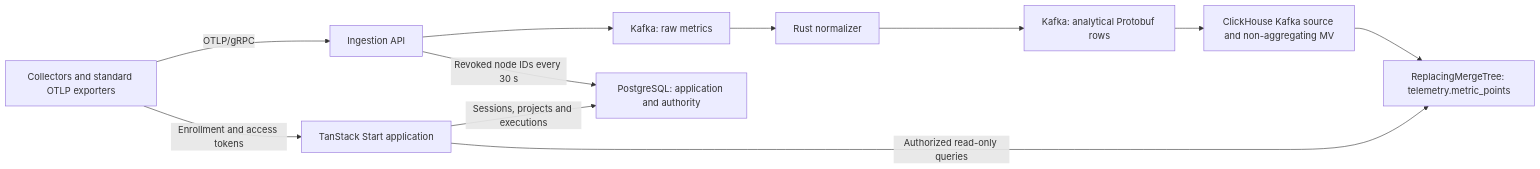
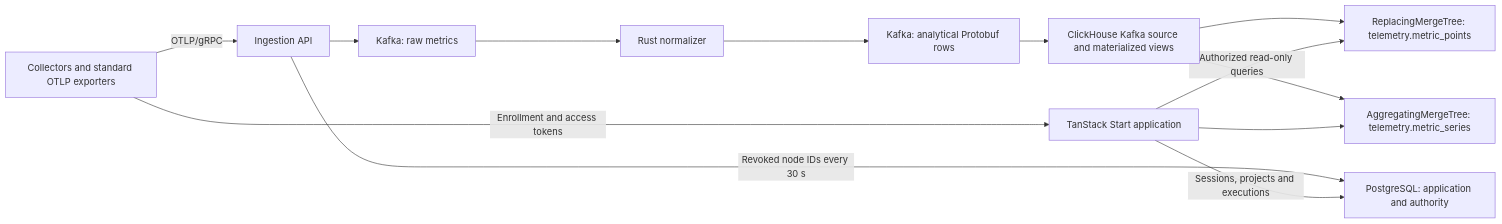
One commit to theodore-lheureux/pfe-telemetry changed the diagram in docs/architecture.md. Above: the diagram before and after it, drawn with Mermaid. The commit also changed other lines of this file and 18 other files, not shown here.

````diff
--- a/docs/architecture.md
+++ b/docs/architecture.md
@@ -23,13 +23,15 @@
 ```mermaid
 flowchart LR
     collectors["Collectors and standard OTLP exporters"] -->|OTLP/gRPC| ingest["Ingestion API"]
     ingest --> raw["Kafka: raw metrics"]
     raw --> normalizer["Rust normalizer"]
     normalizer --> normalized["Kafka: analytical Protobuf rows"]
-    normalized --> native["ClickHouse Kafka source and non-aggregating MV"]
+    normalized --> native["ClickHouse Kafka source and materialized views"]
     native --> points["ReplacingMergeTree: telemetry.metric_points"]
+    native --> series["AggregatingMergeTree: telemetry.metric_series"]
     web["TanStack Start application"] -->|Authorized read-only queries| points
+    web --> series
     ingest -->|Revoked node IDs every 30 s| postgres["PostgreSQL: application and authority"]
     collectors -->|Enrollment and access tokens| web
     web -->|Sessions, projects and executions| postgres
 ```
````
